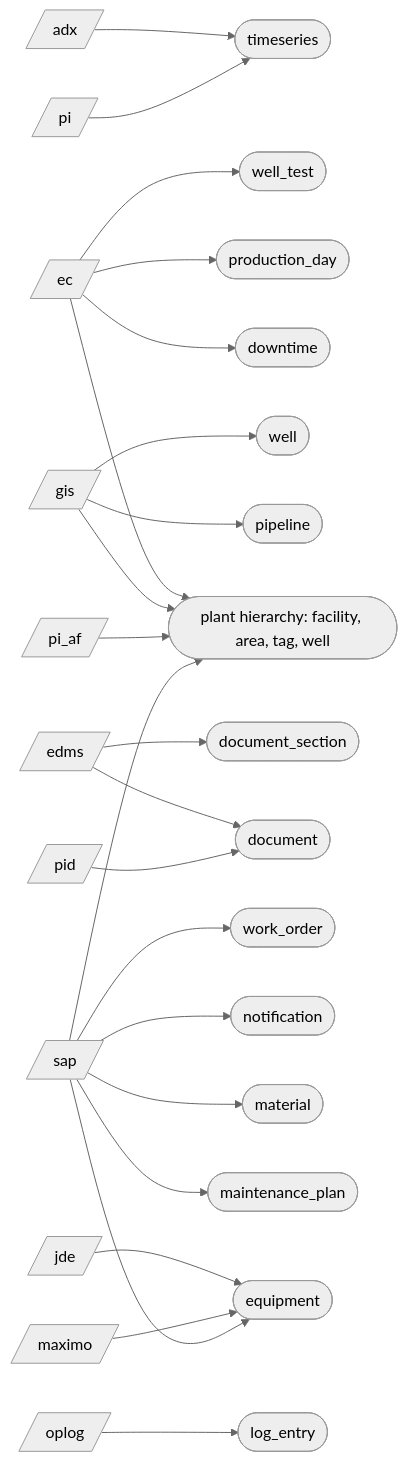
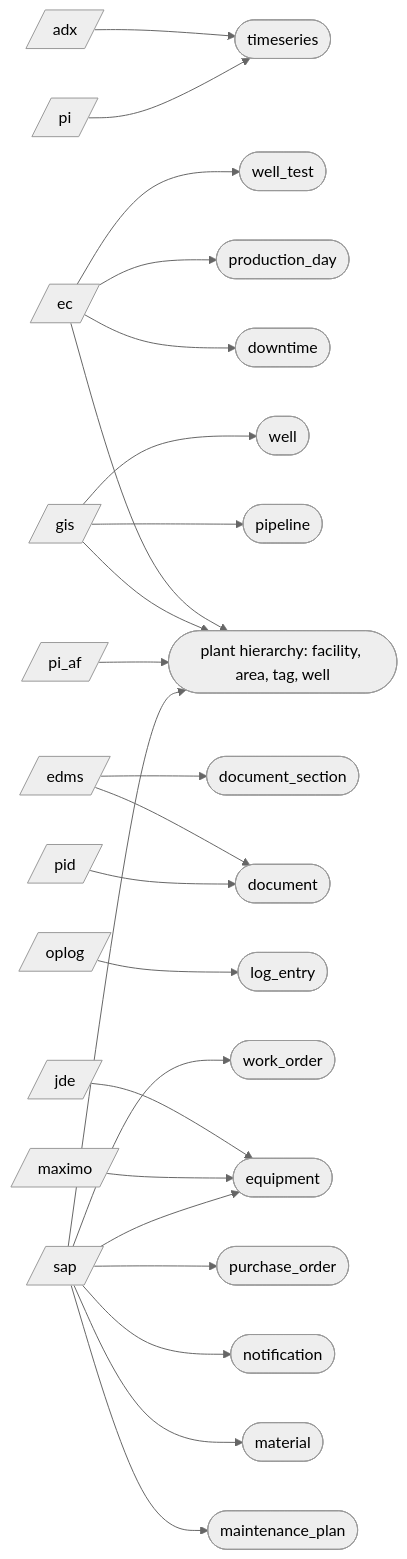
The second of 3 diagrams in docs/architecture.md (areed145/fuzer), drawn with Mermaid (neutral theme) before and after one commit. The commit also changed other lines of this file and 14 other files, not shown here.

````diff
--- a/docs/architecture.md
+++ b/docs/architecture.md
@@ -79,51 +79,53 @@
 ```mermaid
 flowchart LR
   src_adx[/"adx"/]
   src_ec[/"ec"/]
   src_edms[/"edms"/]
   src_gis[/"gis"/]
   src_jde[/"jde"/]
   src_maximo[/"maximo"/]
   src_oplog[/"oplog"/]
   src_pi[/"pi"/]
   src_pi_af[/"pi_af"/]
   src_pid[/"pid"/]
   src_sap[/"sap"/]
   kind_document(["document"])
   kind_document_section(["document_section"])
   kind_downtime(["downtime"])
   kind_equipment(["equipment"])
   kind_log_entry(["log_entry"])
   kind_maintenance_plan(["maintenance_plan"])
   kind_material(["material"])
   kind_notification(["notification"])
   kind_pipeline(["pipeline"])
   kind_plant_hierarchy__facility__area__tag__well(["plant hierarchy: facility, area, tag, well"])
   kind_production_day(["production_day"])
+  kind_purchase_order(["purchase_order"])
   kind_timeseries(["timeseries"])
   kind_well(["well"])
   kind_well_test(["well_test"])
   kind_work_order(["work_order"])
   src_adx --> kind_timeseries
   src_ec --> kind_downtime
   src_ec --> kind_plant_hierarchy__facility__area__tag__well
   src_ec --> kind_production_day
   src_ec --> kind_well_test
   src_edms --> kind_document
   src_edms --> kind_document_section
   src_gis --> kind_pipeline
   src_gis --> kind_plant_hierarchy__facility__area__tag__well
   src_gis --> kind_well
   src_jde --> kind_equipment
   src_maximo --> kind_equipment
   src_oplog --> kind_log_entry
   src_pi --> kind_timeseries
   src_pi_af --> kind_plant_hierarchy__facility__area__tag__well
   src_pid --> kind_document
   src_sap --> kind_equipment
   src_sap --> kind_maintenance_plan
   src_sap --> kind_material
   src_sap --> kind_notification
   src_sap --> kind_plant_hierarchy__facility__area__tag__well
+  src_sap --> kind_purchase_order
   src_sap --> kind_work_order
 ```
````
